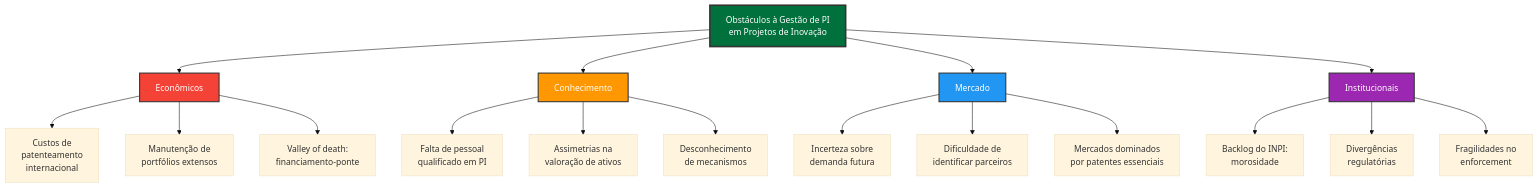
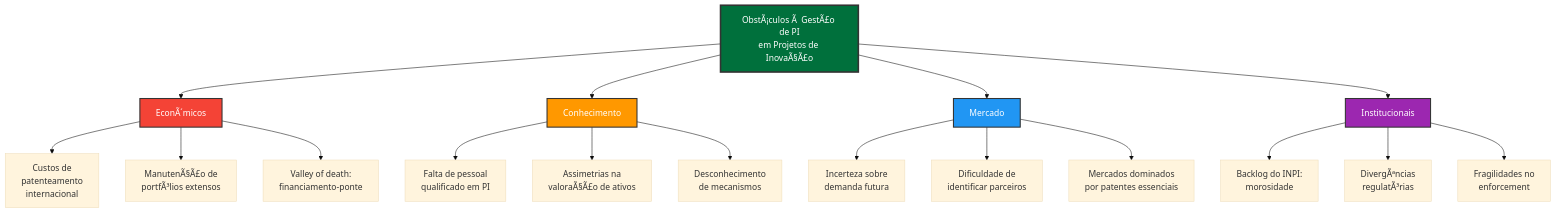
The tenth of 11 diagrams in aulas/ciencia_pi/SLIDES_QUARTO/Tema 05 - Gestao de Projetos inovacao/tema05_apresentacao/tema05_apresentacao.qmd (ldvsantos/cv), drawn with Mermaid (base theme) before and after one commit. The commit also changed other lines of this file and 466 other files, not shown here.

````diff
--- a/aulas/ciencia_pi/SLIDES_QUARTO/Tema 05 - Gestao de Projetos inovacao/tema05_apresentacao/tema05_apresentacao.qmd
+++ b/aulas/ciencia_pi/SLIDES_QUARTO/Tema 05 - Gestao de Projetos inovacao/tema05_apresentacao/tema05_apresentacao.qmd
@@ -1291,38 +1290,38 @@
 ```{mermaid}
 %%| fig-width: 12
 %%| fig-height: 7
 graph TB
-    A[Obstáculos à Gestão de PI<br/>em Projetos de Inovação]
+    A[ObstÃ¡culos Ã  GestÃ£o de PI<br/>em Projetos de InovaÃ§Ã£o]
     
-    B[Econômicos]
+    B[EconÃ´micos]
     C[Conhecimento]
     D[Mercado]
     E[Institucionais]
     
     A --> B
     A --> C
     A --> D
     A --> E
     
     B --> B1[Custos de<br/>patenteamento<br/>internacional]
-    B --> B2[Manutenção de<br/>portfólios extensos]
+    B --> B2[ManutenÃ§Ã£o de<br/>portfÃ³lios extensos]
     B --> B3[Valley of death:<br/>financiamento-ponte]
     
     C --> C1[Falta de pessoal<br/>qualificado em PI]
-    C --> C2[Assimetrias na<br/>valoração de ativos]
+    C --> C2[Assimetrias na<br/>valoraÃ§Ã£o de ativos]
     C --> C3[Desconhecimento<br/>de mecanismos]
     
     D --> D1[Incerteza sobre<br/>demanda futura]
     D --> D2[Dificuldade de<br/>identificar parceiros]
     D --> D3[Mercados dominados<br/>por patentes essenciais]
     
     E --> E1[Backlog do INPI:<br/>morosidade]
-    E --> E2[Divergências<br/>regulatórias]
+    E --> E2[DivergÃªncias<br/>regulatÃ³rias]
     E --> E3[Fragilidades no<br/>enforcement]
     
     style A fill:#00703C,stroke:#333,stroke-width:3px,color:#fff
     style B fill:#F44336,stroke:#333,stroke-width:2px,color:#fff
     style C fill:#FF9800,stroke:#333,stroke-width:2px,color:#fff
     style D fill:#2196F3,stroke:#333,stroke-width:2px,color:#fff
     style E fill:#9C27B0,stroke:#333,stroke-width:2px,color:#fff
 ```
````
